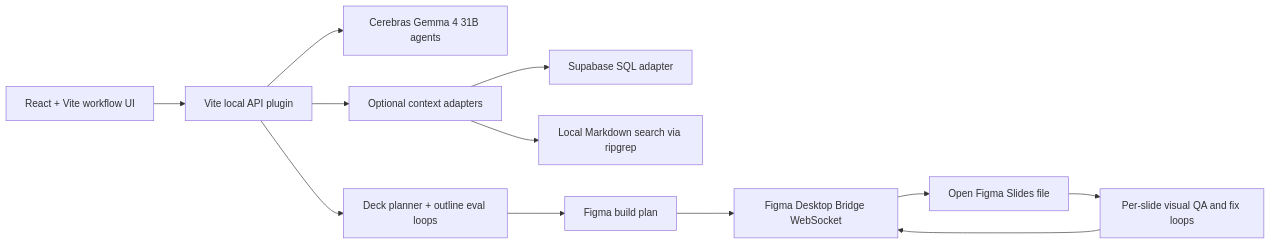
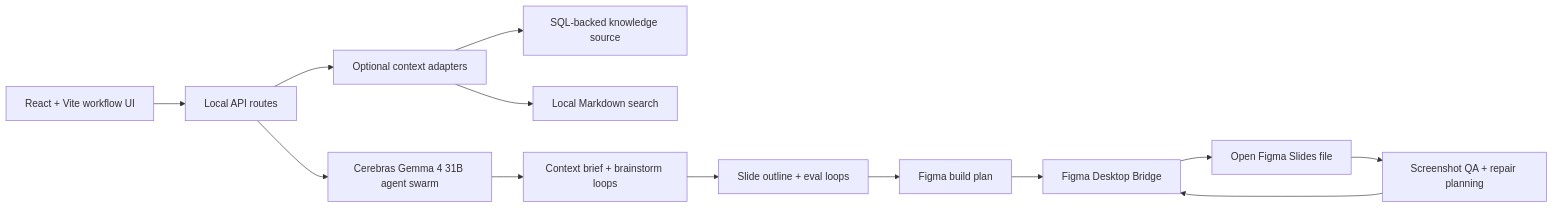
One commit to ch920425/gemma-deck-forge changed the diagram in README.md. Above: the diagram before and after it, drawn with Mermaid. The commit also changed other lines of this file and 18 other files, not shown here.

````diff
--- a/README.md
+++ b/README.md
@@ -31,14 +62,15 @@
 ```mermaid
 flowchart LR
-  A["React + Vite workflow UI"] --> B["Vite local API plugin"]
-  B --> C["Cerebras Gemma 4 31B agents"]
+  A["React + Vite workflow UI"] --> B["Local API routes"]
+  B --> C["Cerebras Gemma 4 31B agent swarm"]
   B --> D["Optional context adapters"]
-  D --> D1["Supabase SQL adapter"]
-  D --> D2["Local Markdown search via ripgrep"]
-  B --> E["Deck planner + outline eval loops"]
-  E --> F["Figma build plan"]
-  F --> G["Figma Desktop Bridge WebSocket"]
-  G --> H["Open Figma Slides file"]
-  H --> I["Per-slide visual QA and fix loops"]
-  I --> G
+  D --> D1["SQL-backed knowledge source"]
+  D --> D2["Local Markdown search"]
+  C --> E["Context brief + brainstorm loops"]
+  E --> F["Slide outline + eval loops"]
+  F --> G["Figma build plan"]
+  G --> H["Figma Desktop Bridge"]
+  H --> I["Open Figma Slides file"]
+  I --> J["Screenshot QA + repair planning"]
+  J --> H
 ```
````
